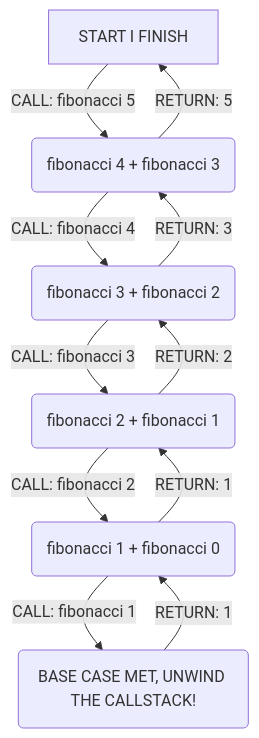
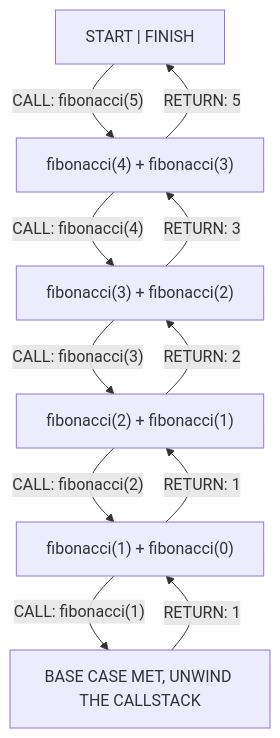
One commit to bazmurphy/dsa-challenges changed the diagram in src/04-recursion/04-fibonacci-sequence/readme.md. Above: the diagram before and after it, drawn with Mermaid. The commit also changed 5 other files, not shown here.

````diff
--- a/src/04-recursion/04-fibonacci-sequence/readme.md
+++ b/src/04-recursion/04-fibonacci-sequence/readme.md
@@ -119,13 +126,13 @@
 ```mermaid
 graph TD
-  A[START I FINISH] -->|CALL: fibonacci 5 | B(fibonacci 4 + fibonacci 3)
-  B -->|CALL: fibonacci 4 | C(fibonacci 3 + fibonacci 2)
-  C -->|CALL: fibonacci 3 | D(fibonacci 2 + fibonacci 1)
-  D -->|CALL: fibonacci 2 | E(fibonacci 1 + fibonacci 0)
-  E -->|CALL: fibonacci 1 | F(BASE CASE MET, UNWIND THE CALLSTACK!)
-  F -->|RETURN: 1 | E
-  E -->|RETURN: 1 | D
-  D -->|RETURN: 2 | C
-  C -->|RETURN: 3 | B
-  B -->|RETURN: 5 | A
+  A["START | FINISH"] -->|"CALL: fibonacci(5)"| B["fibonacci(4) + fibonacci(3)"]
+  B -->|"CALL: fibonacci(4)"| C["fibonacci(3) + fibonacci(2)"]
+  C -->|"CALL: fibonacci(3)"| D["fibonacci(2) + fibonacci(1)"]
+  D -->|"CALL: fibonacci(2)"| E["fibonacci(1) + fibonacci(0)"]
+  E -->|"CALL: fibonacci(1)"| F[BASE CASE MET, UNWIND THE CALLSTACK]
+  F -->|RETURN: 1| E
+  E -->|RETURN: 1| D
+  D -->|RETURN: 2| C
+  C -->|RETURN: 3| B
+  B -->|RETURN: 5| A
 ```
````
